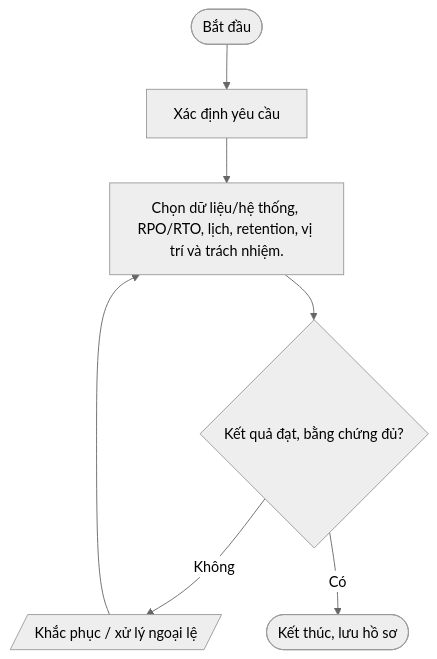
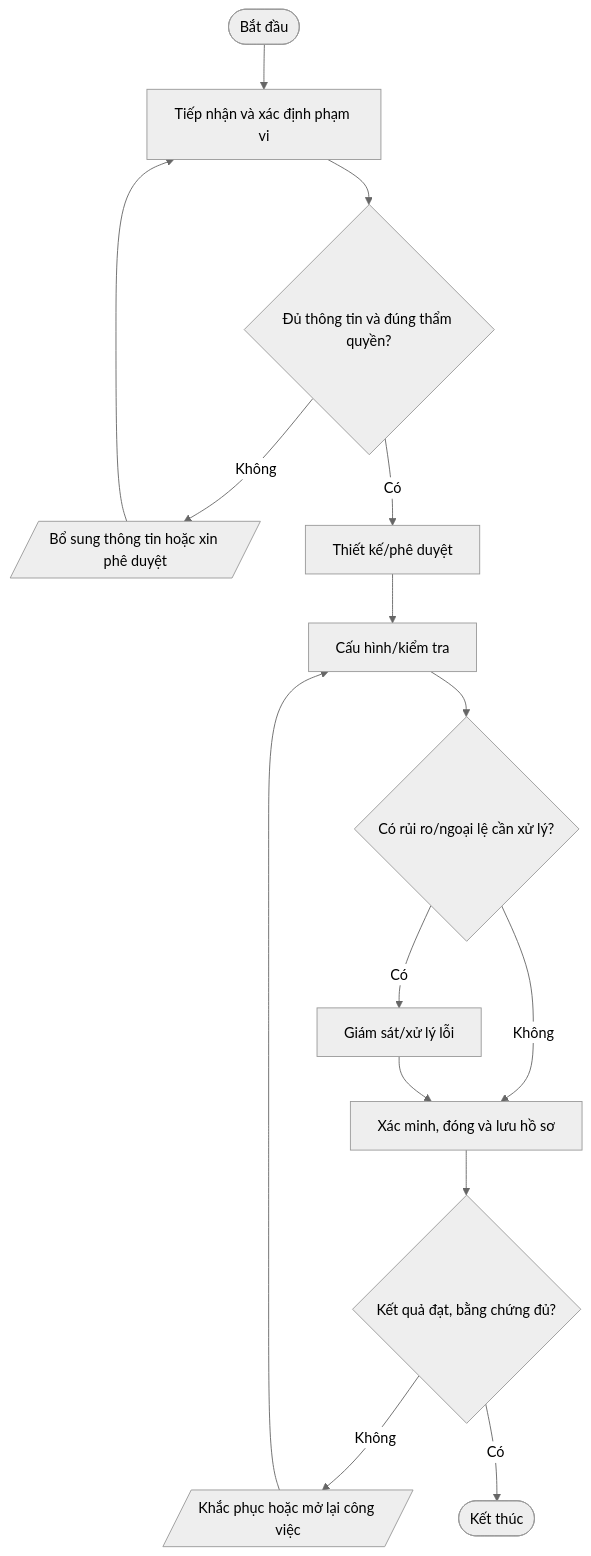
One commit to daoaigiangnam/Quy_Trinh_Chuan changed the first of 5 diagrams in quy-trinh/04-Backup-BCP-DR/README.md. Above: the diagram before and after it, drawn with Mermaid (neutral theme). The commit also changed other lines of this file, not shown here.

Commit message:
docs: refine detailed procedure steps and Mermaid flowcharts

````diff
--- a/quy-trinh/04-Backup-BCP-DR/README.md
+++ b/quy-trinh/04-Backup-BCP-DR/README.md
@@ -48,11 +51,17 @@
 ```mermaid
 flowchart TD
-  A([Bắt đầu]) --> S1
-  S1["Xác định yêu cầu"]
-  S2["Chọn dữ liệu/hệ thống, RPO/RTO, lịch, retention, vị trí và trách nhiệm."]
-  S1 --> S2
-  S2 --> D2{"Kết quả đạt, bằng chứng đủ?"}
-  D2 -- Không --> REWORK[/"Khắc phục / xử lý ngoại lệ"/]
-  REWORK --> S2
-  D2 -- Có --> Z([Kết thúc, lưu hồ sơ])
+  A([Bắt đầu]) --> S1["Tiếp nhận và xác định phạm vi"]
+  S1 --> D1{"Đủ thông tin và đúng thẩm quyền?"}
+  D1 -- Không --> F1[/"Bổ sung thông tin hoặc xin phê duyệt"/]
+  F1 --> S1
+  D1 -- Có --> S2["Thiết kế/phê duyệt"]
+  S2 --> S3["Cấu hình/kiểm tra"]
+  S3 --> D2{"Có rủi ro/ngoại lệ cần xử lý?"}
+  D2 -- Có --> S4["Giám sát/xử lý lỗi"]
+  D2 -- Không --> S5["Xác minh, đóng và lưu hồ sơ"]
+  S4 --> S5
+  S5 --> D3{"Kết quả đạt, bằng chứng đủ?"}
+  D3 -- Không --> R[/"Khắc phục hoặc mở lại công việc"/]
+  R --> S3
+  D3 -- Có --> Z([Kết thúc])
 ```
````
